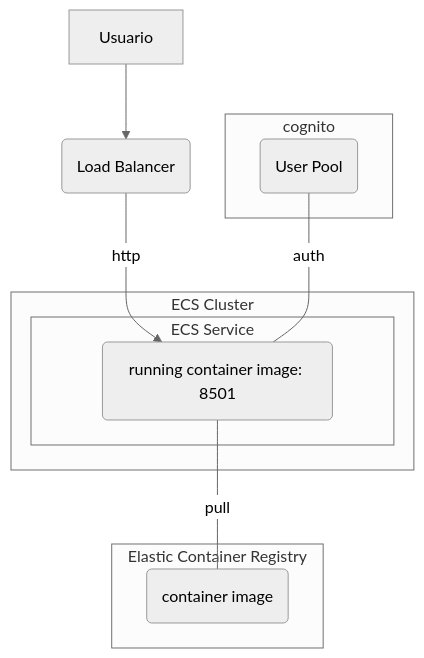
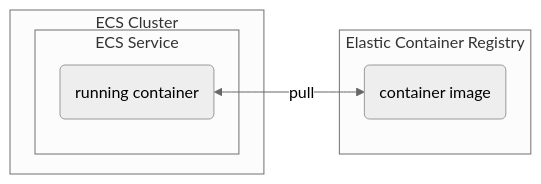
The second of 3 diagrams in 02-personal-assistant-ecs/README.md (ensamblador/generative-ai-chat-application), drawn with Mermaid (neutral theme) before and after one commit. The commit also changed other lines of this file, not shown here.

````diff
--- a/02-personal-assistant-ecs/README.md
+++ b/02-personal-assistant-ecs/README.md
@@ -181,19 +183,15 @@
 ```mermaid
-flowchart TB
-    Usuario -->LoadBalancer
-    LoadBalancer("Load Balancer") --http-->RCI
+flowchart LR
+
 
     subgraph ECS Cluster
         subgraph ECS Service
             RCI("Running container")
         end
     end
-    subgraph cognito
-    UserPool("User Pool") --auth---RCI
-    end
+
     
     subgraph Elastic Container Registry
-       
-        RCI("running container image: 8501") --pull---CI("container image")
+       RCI("running container") <--pull-->CI("container image")
     end
 ```
````
